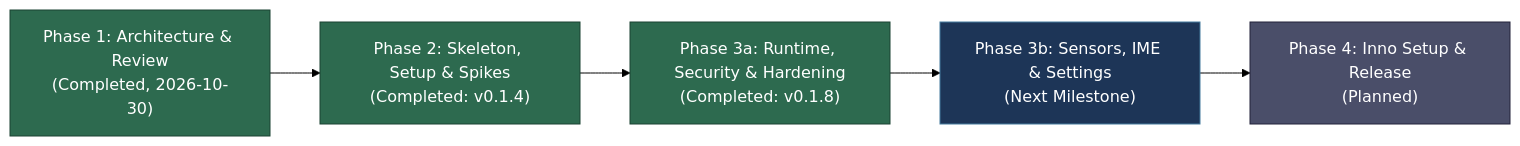
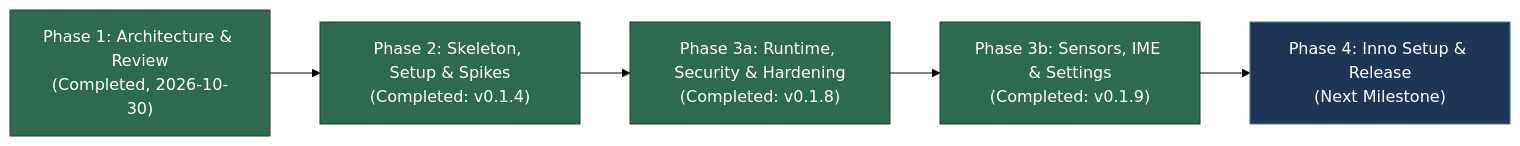
The diagram in README.md (OrcusExtreme/Orcus_APK_Emulator), drawn with Mermaid (forest theme) before and after one commit. The commit also changed other lines of this file and 37 other files, not shown here.

````diff
--- a/README.md
+++ b/README.md
@@ -86,12 +86,12 @@
 ```mermaid
 flowchart LR
     A["Phase 1: Architecture & Review<br/>(Completed, 2026-10-30)"] --> B["Phase 2: Skeleton, Setup & Spikes<br/>(Completed: v0.1.4)"]
     B --> C["Phase 3a: Runtime, Security & Hardening<br/>(Completed: v0.1.8)"]
-    C --> D["Phase 3b: Sensors, IME & Settings<br/>(Next Milestone)"]
-    D --> E["Phase 4: Inno Setup & Release<br/>(Planned)"]
+    C --> D["Phase 3b: Sensors, IME & Settings<br/>(Completed: v0.1.9)"]
+    D --> E["Phase 4: Inno Setup & Release<br/>(Next Milestone)"]
     style A fill:#2d6a4f,stroke:#1b4332,color:#fff
     style B fill:#2d6a4f,stroke:#1b4332,color:#fff
     style C fill:#2d6a4f,stroke:#1b4332,color:#fff
-    style D fill:#1d3557,stroke:#457b9d,color:#fff
-    style E fill:#4a4e69,stroke:#22223b,color:#fff
+    style D fill:#2d6a4f,stroke:#1b4332,color:#fff
+    style E fill:#1d3557,stroke:#457b9d,color:#fff
 ```
````
